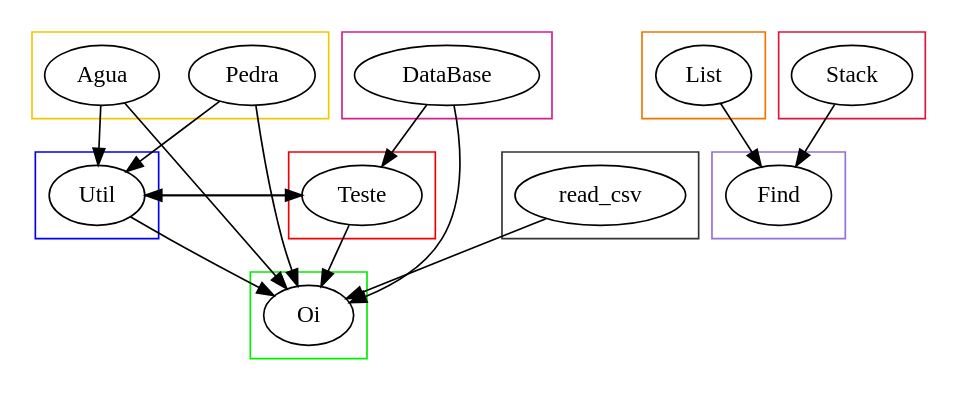
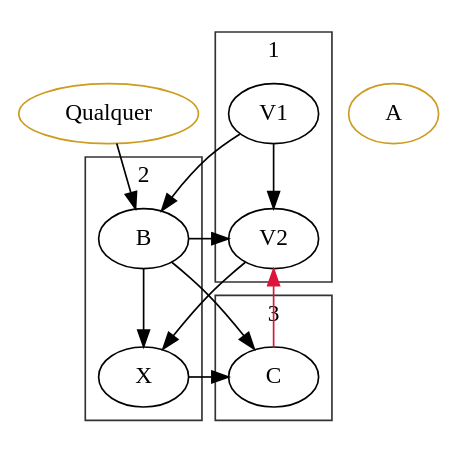
One commit to LucasFiorini/Software-Architecture changed the diagram in Conformidade-Arquitetural/src/Modelo-de-Reflexao-Arq.Camadas/Grafo.dot. Above: the diagram before and after it, drawn with Graphviz. The commit also changed 7 other files, not shown here.

```diff
--- a/Conformidade-Arquitetural/src/Modelo-de-Reflexao-Arq.Camadas/Grafo.dot
+++ b/Conformidade-Arquitetural/src/Modelo-de-Reflexao-Arq.Camadas/Grafo.dot
@@ -1,63 +1,44 @@
 // Arquitetura
 digraph {
-	Teste [label=Teste]
-	Util [label=Util]
-	Oi [label=Oi]
-	Agua [label=Agua]
-	Pedra [label=Pedra]
-	DataBase [label=DataBase]
-	read_csv [label=read_csv]
-	Find [label=Find]
-	List [label=List]
-	Stack [label=Stack]
-	Teste -> Oi
-	Teste -> Util
-	Util -> Teste
-	Util -> Oi
-	Agua -> Oi
-	Agua -> Util
-	Pedra -> Oi
-	Pedra -> Util
-	DataBase -> Teste
-	DataBase -> Oi
-	read_csv -> Oi
-	List -> Find
-	Stack -> Find
+	V1 [label=V1]
+	V2 [label=V2]
+	A [label=A color=goldenrod3]
+	B [label=B]
+	Qualquer [label=Qualquer color=goldenrod3]
+	X [label=X]
+	C [label=C]
+	V1 -> B
+	V1 -> V2
+	V2 -> X
+	B -> C
+	B -> X
+	B -> V2
+	Qualquer -> B
+	X -> C
+	C -> V2 [color=crimson]
 	subgraph cluster_0 {
-		color=red2
-		Teste [label=Teste]
+		color=grey20
+		label=0
 	}
 	subgraph cluster_1 {
-		color=blue2
-		Util [label=Util]
+		color=grey20
+		label=1
+		V1 [label=V1]
+		V2 [label=V2]
 	}
 	subgraph cluster_2 {
-		color=green2
-		Oi [label=Oi]
+		color=grey20
+		label=2
+		B [label=B]
+		X [label=X]
 	}
 	subgraph cluster_3 {
-		color=gold2
-		Agua [label=Agua]
-		Pedra [label=Pedra]
+		color=grey20
+		label=3
+		C [label=C]
 	}
 	subgraph cluster_4 {
-		color=violetred
-		DataBase [label=DataBase]
-	}
-	subgraph cluster_5 {
 		color=grey20
-		read_csv [label=read_csv]
-	}
-	subgraph cluster_6 {
-		color=mediumpurple
-		Find [label=Find]
-	}
-	subgraph cluster_7 {
-		color=darkorange2
-		List [label=List]
-	}
-	subgraph cluster_8 {
-		color=crimson
-		Stack [label=Stack]
+		label=4
 	}
 }
```
